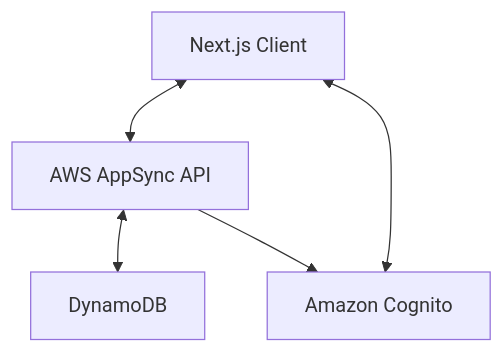
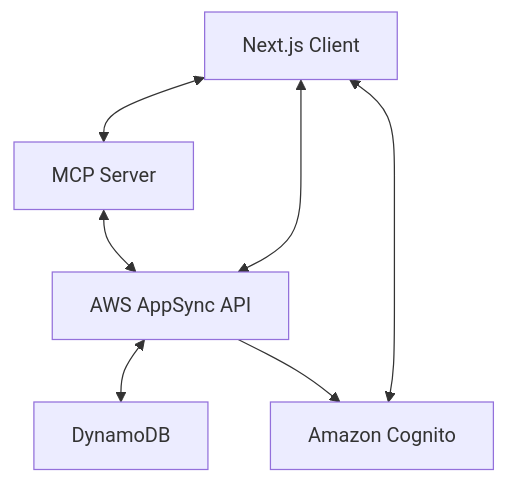
One commit to riletan/promptz changed the first of 6 diagrams in memory-bank/systemPatterns.md. Above: the diagram before and after it, drawn with Mermaid. The commit also changed other lines of this file and 4 other files, not shown here.

````diff
--- a/memory-bank/systemPatterns.md
+++ b/memory-bank/systemPatterns.md
@@ -7,12 +7,15 @@
 ```mermaid
 flowchart TD
     Client[Next.js Client]
     API[AWS AppSync API]
     Auth[Amazon Cognito]
     DB[DynamoDB]
+    MCP[MCP Server]
 
     Client <--> API
     Client <--> Auth
     API <--> DB
     API --> Auth
+    Client <--> MCP
+    MCP <--> API
 ```
````
